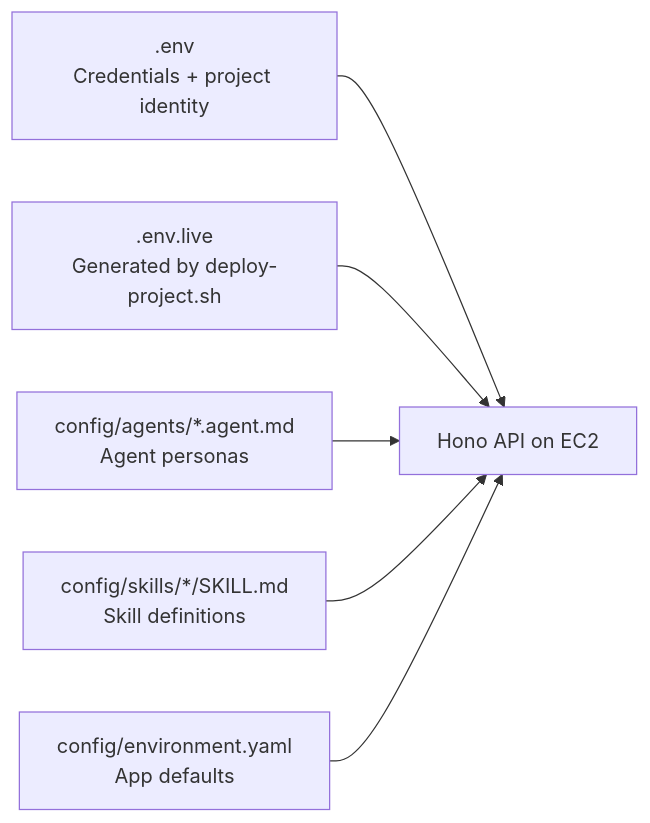
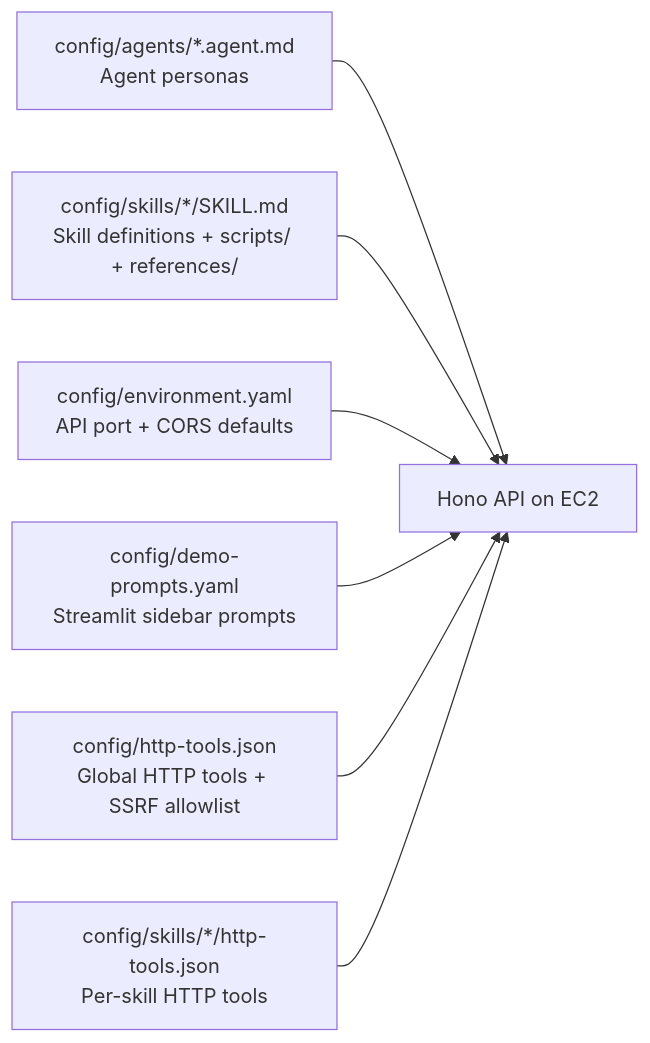
The diagram in docs/configuration-guide.md (mongodb-partners/Multi-Agent-Architectural-Guidance-Bedrock-AgentCore), drawn with Mermaid before and after one commit. The commit also changed other lines of this file and 79 other files, not shown here.

````diff
--- a/docs/configuration-guide.md
+++ b/docs/configuration-guide.md
@@ -13,9 +13,10 @@
 ```mermaid
 flowchart LR
-  ENV[.env<br/>Credentials + project identity] --> API
-  LIVE[.env.live<br/>Generated by deploy-project.sh] --> API
   AGENT[config/agents/*.agent.md<br/>Agent personas] --> API
-  SKILL[config/skills/*/SKILL.md<br/>Skill definitions] --> API
-  YAML[config/environment.yaml<br/>App defaults] --> API
+  SKILL[config/skills/*/SKILL.md<br/>Skill definitions + scripts/ + references/] --> API
+  YAML[config/environment.yaml<br/>API port + CORS defaults] --> API
+  DEMO[config/demo-prompts.yaml<br/>Streamlit sidebar prompts] --> API
+  HTTP[config/http-tools.json<br/>Global HTTP tools + SSRF allowlist] --> API
+  SHTTP[config/skills/*/http-tools.json<br/>Per-skill HTTP tools] --> API
   API[Hono API on EC2]
 ```
````
